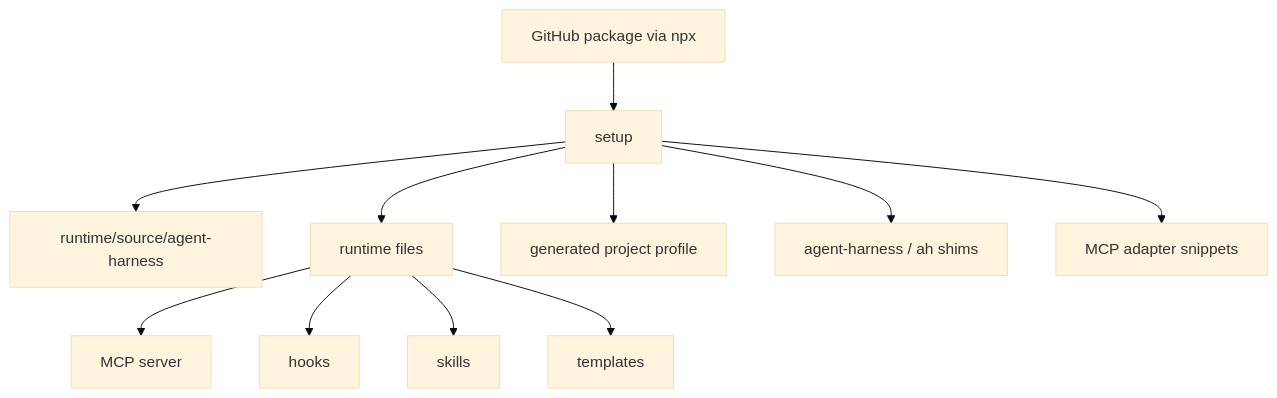
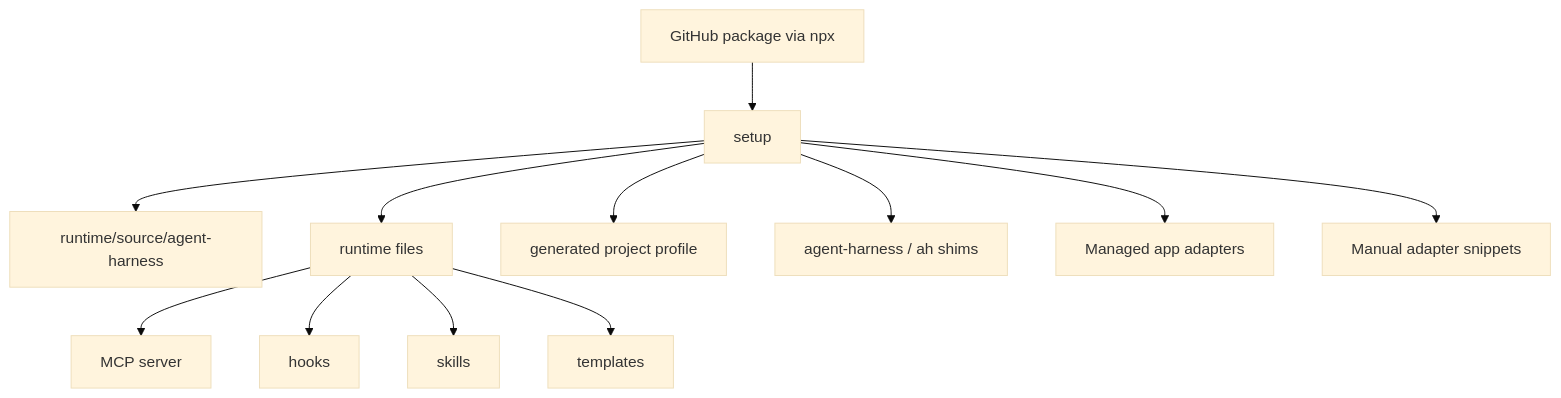
The second of 6 diagrams in docs/how-it-works.md (anhtaiH/agent-harness), drawn with Mermaid (base theme) before and after one commit. The commit also changed other lines of this file and 9 other files, not shown here.

Commit message:
Install managed app adapters during setup

````diff
--- a/docs/how-it-works.md
+++ b/docs/how-it-works.md
@@ -20,13 +20,14 @@
 ```mermaid
 flowchart TB
   Package["GitHub package via npx"] --> Setup["setup"]
   Setup --> SourceBundle["runtime/source/agent-harness"]
   Setup --> RuntimeFiles["runtime files"]
   Setup --> Profile["generated project profile"]
   Setup --> Shims["agent-harness / ah shims"]
-  Setup --> Adapters["MCP adapter snippets"]
+  Setup --> Adapters["Managed app adapters"]
+  Setup --> Snippets["Manual adapter snippets"]
   RuntimeFiles --> MCPServer["MCP server"]
   RuntimeFiles --> Hooks["hooks"]
   RuntimeFiles --> Skills["skills"]
   RuntimeFiles --> Templates["templates"]
 ```
````
